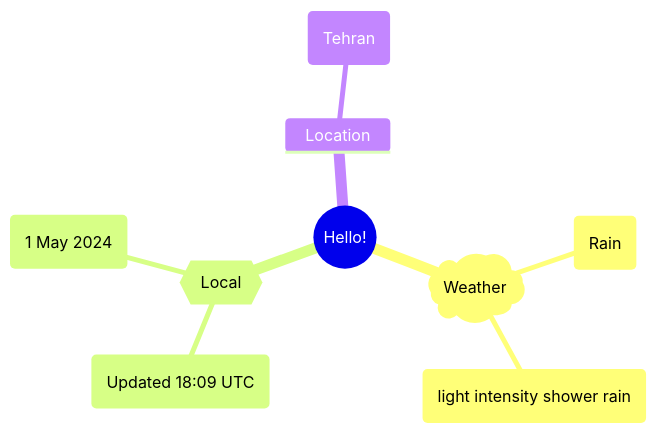
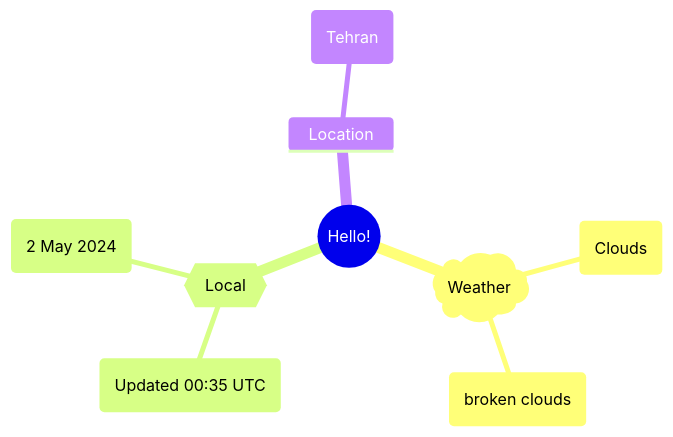
Before and after one commit to Xosrov/Xosrov: the first of 2 diagrams in README.md, drawn with Mermaid.

Commit message:
[bot] updated images

````diff
--- a/README.md
+++ b/README.md
@@ -3,12 +3,12 @@
 ```mermaid
 mindmap
   root((Hello!))
     )Weather(
-        (Rain)
-        (light intensity shower rain)
+        (Clouds)
+        (broken clouds)
     {{Local}}
-        (Updated 18:09 UTC)
-        (1 May 2024)
+        (Updated 00:35 UTC)
+        (2 May 2024)
     Location
         (Tehran)
 ```
````
